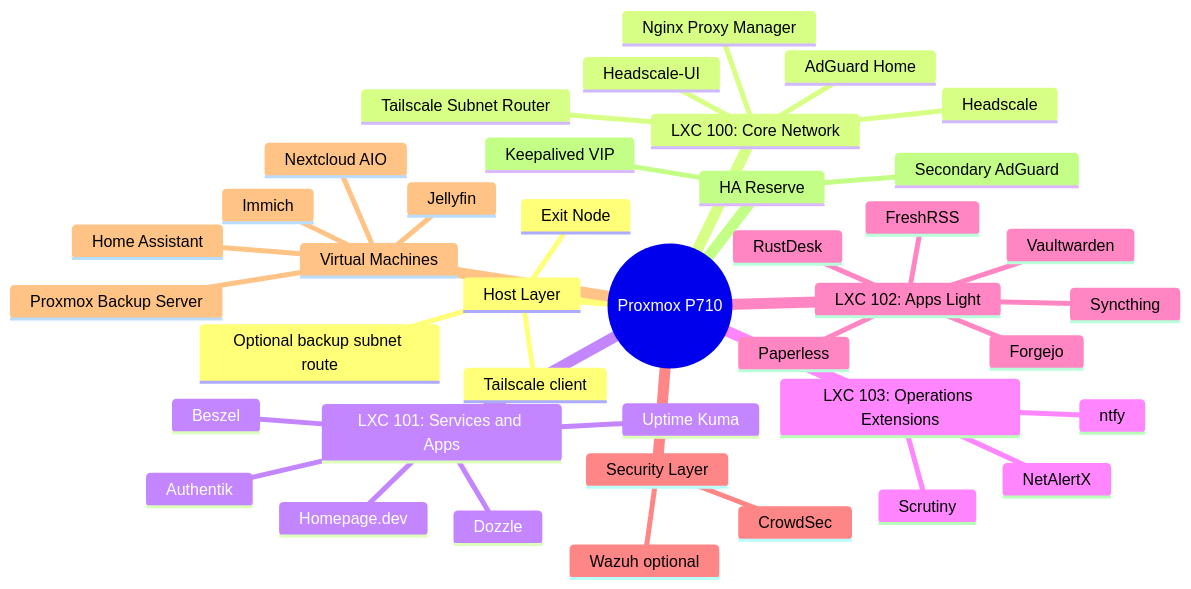
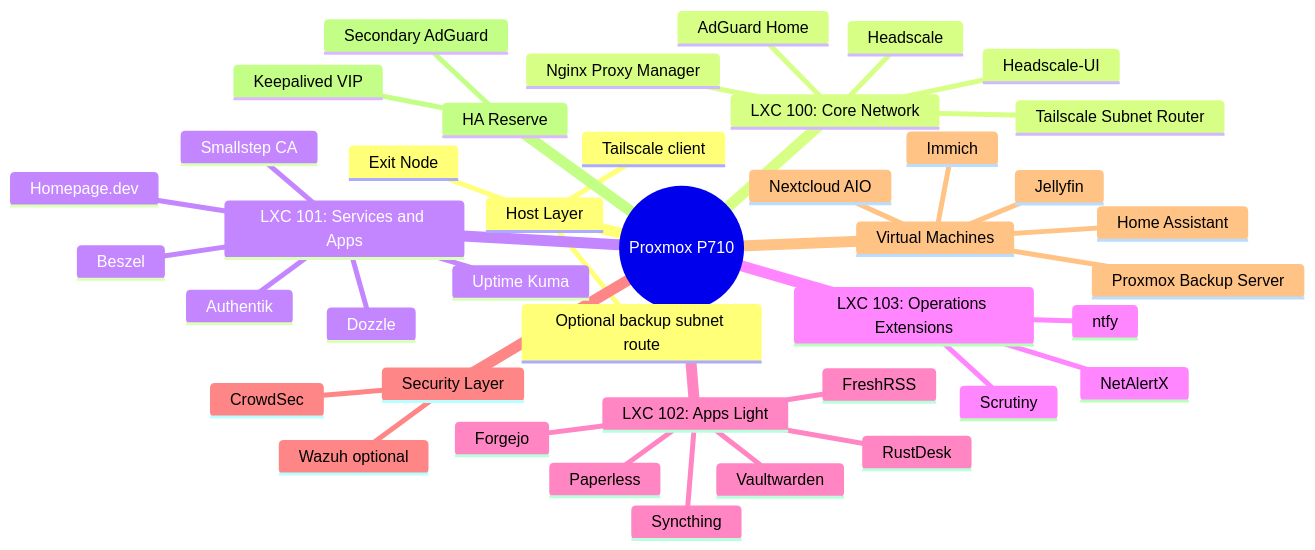
Before and after one commit to Mohamed-DN/Sovereign-Homelab: the second of 2 diagrams in docs/00_overview/infrastructure_plan_and_map.md, drawn with Mermaid. The commit also changed other lines of this file and 18 other files, not shown here.

````diff
--- a/docs/00_overview/infrastructure_plan_and_map.md
+++ b/docs/00_overview/infrastructure_plan_and_map.md
@@ -42,43 +45,44 @@
 ```mermaid
 mindmap
   root((Proxmox P710))
     Host Layer
       Tailscale client
       Exit Node
       Optional backup subnet route
     LXC 100: Core Network
       AdGuard Home
       Nginx Proxy Manager
       Headscale
       Headscale-UI
       Tailscale Subnet Router
     LXC 101: Services and Apps
       Authentik
       Homepage.dev
       Uptime Kuma
       Beszel
       Dozzle
+      Smallstep CA
     LXC 103: Operations Extensions
       NetAlertX
       Scrutiny
       ntfy
     LXC 102: Apps Light
       Vaultwarden
       Syncthing
       Paperless
       FreshRSS
       Forgejo
       RustDesk
     Security Layer
       CrowdSec
       Wazuh optional
     Virtual Machines
       Proxmox Backup Server
       Immich
       Nextcloud AIO
       Home Assistant
       Jellyfin
     HA Reserve
       Secondary AdGuard
       Keepalived VIP
 ```
````
